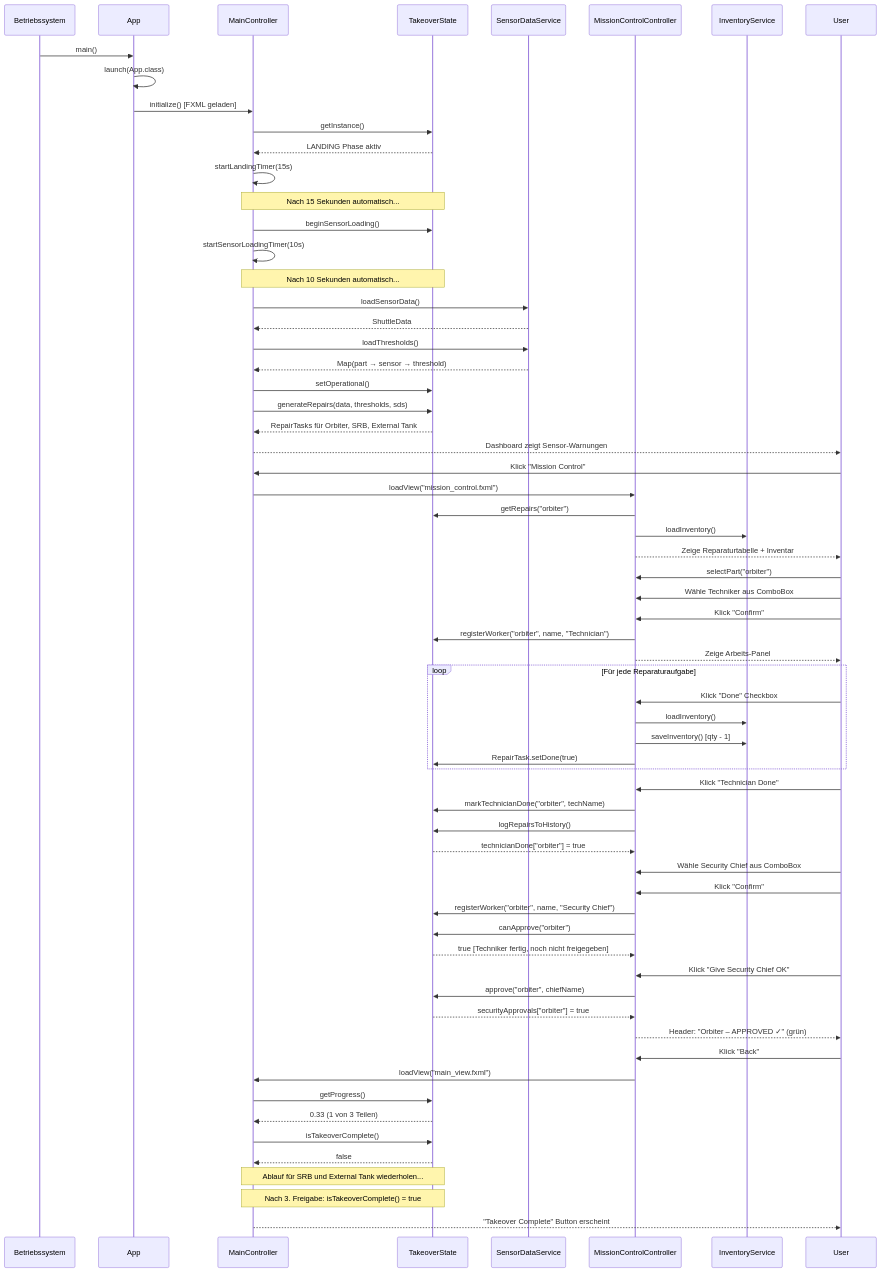
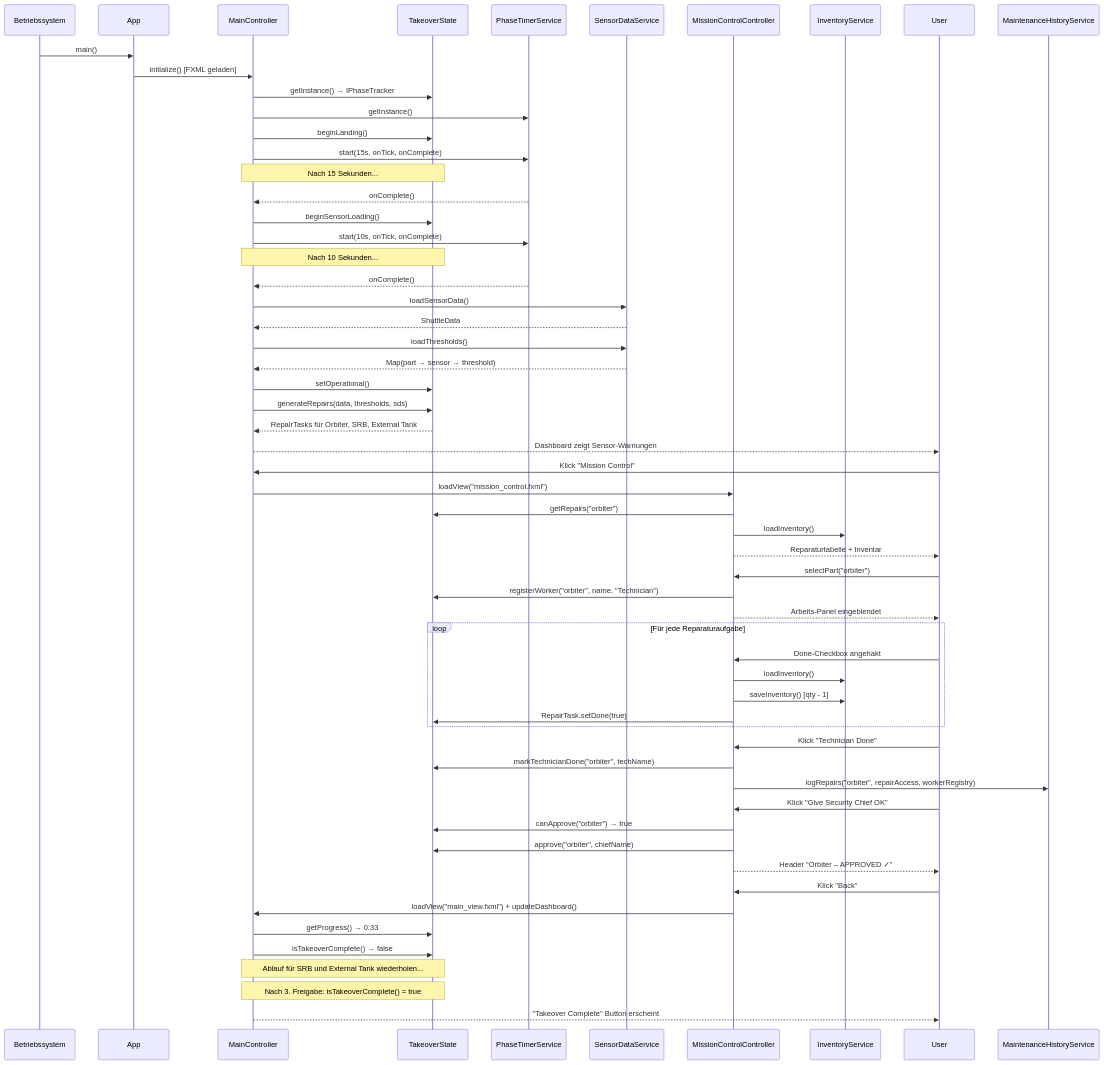
One commit to BassmaT/ShuttleLogisticGroup5 changed the sixth of 7 diagrams in README.md. Above: the diagram before and after it, drawn with Mermaid. The commit also changed other lines of this file and 95 other files, not shown here.

````diff
--- a/README.md
+++ b/README.md
@@ -273,78 +890,69 @@
 ```mermaid
 sequenceDiagram
     participant OS as Betriebssystem
     participant App
     participant Main as MainController
     participant TS as TakeoverState
+    participant PTS as PhaseTimerService
     participant SDS as SensorDataService
     participant MCC as MissionControlController
     participant IS as InventoryService
 
     OS->>App: main()
-    App->>App: launch(App.class)
     App->>Main: initialize() [FXML geladen]
-    Main->>TS: getInstance()
-    TS-->>Main: LANDING Phase aktiv
-    Main->>Main: startLandingTimer(15s)
+    Main->>TS: getInstance() → IPhaseTracker
+    Main->>PTS: getInstance()
+    Main->>TS: beginLanding()
+    Main->>PTS: start(15s, onTick, onComplete)
 
-    Note over Main,TS: Nach 15 Sekunden automatisch...
+    Note over Main,TS: Nach 15 Sekunden...
+    PTS-->>Main: onComplete()
     Main->>TS: beginSensorLoading()
-    Main->>Main: startSensorLoadingTimer(10s)
+    Main->>PTS: start(10s, onTick, onComplete)
 
-    Note over Main,TS: Nach 10 Sekunden automatisch...
+    Note over Main,TS: Nach 10 Sekunden...
+    PTS-->>Main: onComplete()
     Main->>SDS: loadSensorData()
     SDS-->>Main: ShuttleData
     Main->>SDS: loadThresholds()
     SDS-->>Main: Map(part → sensor → threshold)
     Main->>TS: setOperational()
     Main->>TS: generateRepairs(data, thresholds, sds)
     TS-->>Main: RepairTasks für Orbiter, SRB, External Tank
-
     Main-->>User: Dashboard zeigt Sensor-Warnungen
 
     User->>Main: Klick "Mission Control"
     Main->>MCC: loadView("mission_control.fxml")
     MCC->>TS: getRepairs("orbiter")
     MCC->>IS: loadInventory()
-    MCC-->>User: Zeige Reparaturtabelle + Inventar
+    MCC-->>User: Reparaturtabelle + Inventar
 
     User->>MCC: selectPart("orbiter")
-    User->>MCC: Wähle Techniker aus ComboBox
-    User->>MCC: Klick "Confirm"
     MCC->>TS: registerWorker("orbiter", name, "Technician")
-    MCC-->>User: Zeige Arbeits-Panel
+    MCC-->>User: Arbeits-Panel eingeblendet
 
     loop Für jede Reparaturaufgabe
-        User->>MCC: Klick "Done" Checkbox
+        User->>MCC: Done-Checkbox angehakt
         MCC->>IS: loadInventory()
         MCC->>IS: saveInventory() [qty - 1]
         MCC->>TS: RepairTask.setDone(true)
     end
 
     User->>MCC: Klick "Technician Done"
     MCC->>TS: markTechnicianDone("orbiter", techName)
-    MCC->>TS: logRepairsToHistory()
-    TS-->>MCC: technicianDone["orbiter"] = true
-
-    User->>MCC: Wähle Security Chief aus ComboBox
-    User->>MCC: Klick "Confirm"
-    MCC->>TS: registerWorker("orbiter", name, "Security Chief")
-    MCC->>TS: canApprove("orbiter")
-    TS-->>MCC: true [Techniker fertig, noch nicht freigegeben]
+    MCC->>MaintenanceHistoryService: logRepairs("orbiter", repairAccess, workerRegistry)
 
     User->>MCC: Klick "Give Security Chief OK"
+    MCC->>TS: canApprove("orbiter") → true
     MCC->>TS: approve("orbiter", chiefName)
-    TS-->>MCC: securityApprovals["orbiter"] = true
-    MCC-->>User: Header: "Orbiter – APPROVED ✓" (grün)
+    MCC-->>User: Header "Orbiter – APPROVED ✓"
 
     User->>MCC: Klick "Back"
-    MCC->>Main: loadView("main_view.fxml")
-    Main->>TS: getProgress()
-    TS-->>Main: 0.33 (1 von 3 Teilen)
-    Main->>TS: isTakeoverComplete()
-    TS-->>Main: false
+    MCC->>Main: loadView("main_view.fxml") + updateDashboard()
+    Main->>TS: getProgress() → 0.33
+    Main->>TS: isTakeoverComplete() → false
 
     Note over Main,TS: Ablauf für SRB und External Tank wiederholen...
     Note over Main,TS: Nach 3. Freigabe: isTakeoverComplete() = true
     Main-->>User: "Takeover Complete" Button erscheint
 ```
````
